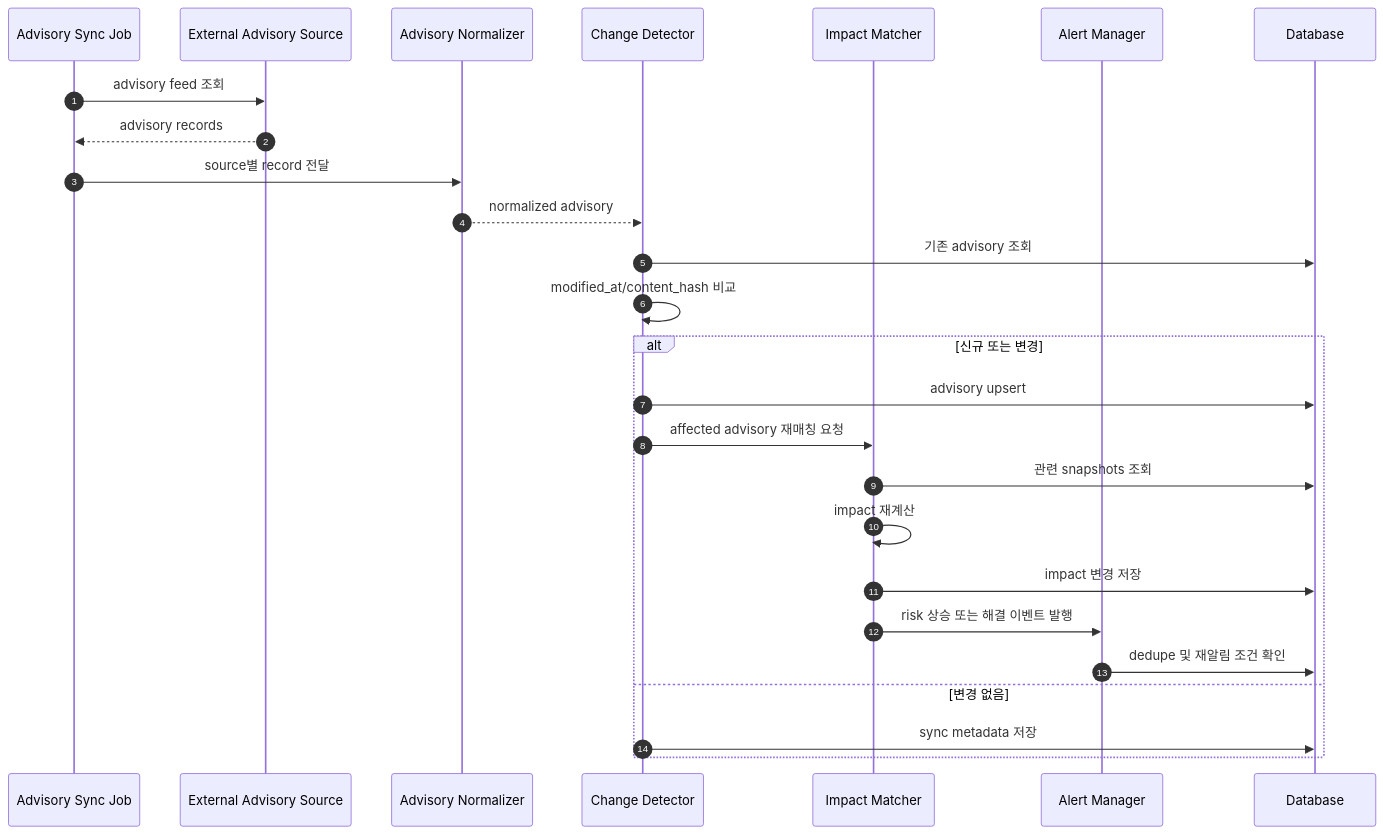
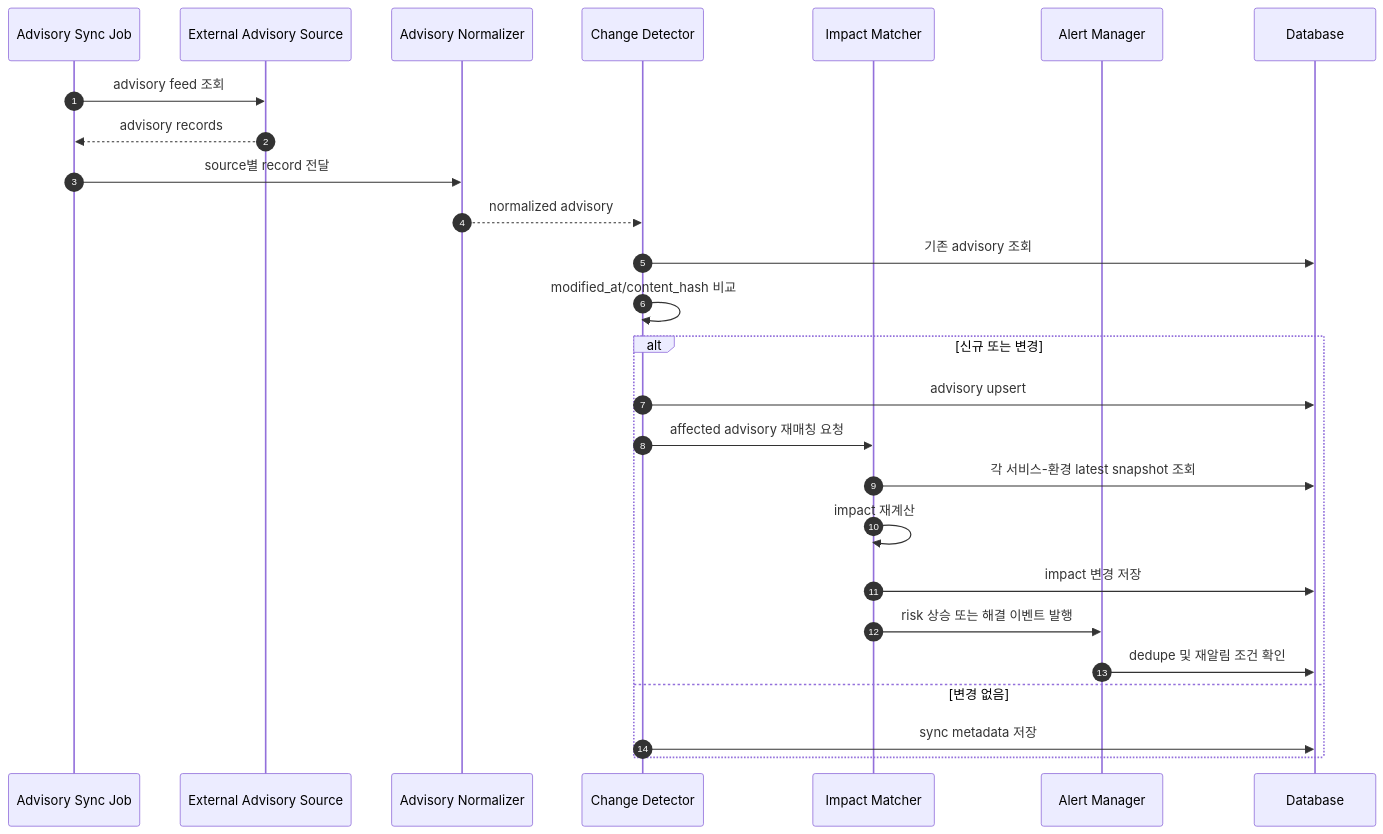
One commit to hkjeon13/sca-monitor changed the sixth of 9 diagrams in docs/software-design-specification.md. Above: the diagram before and after it, drawn with Mermaid. The commit also changed other lines of this file and 32 other files, not shown here.

````diff
--- a/docs/software-design-specification.md
+++ b/docs/software-design-specification.md
@@ -616,29 +656,29 @@
 ```mermaid
 sequenceDiagram
     autonumber
     participant Job as Advisory Sync Job
     participant Source as External Advisory Source
     participant Normalizer as Advisory Normalizer
     participant Change as Change Detector
     participant Matcher as Impact Matcher
     participant Alert as Alert Manager
     participant DB as Database
 
     Job->>Source: advisory feed 조회
     Source-->>Job: advisory records
     Job->>Normalizer: source별 record 전달
     Normalizer-->>Change: normalized advisory
     Change->>DB: 기존 advisory 조회
     Change->>Change: modified_at/content_hash 비교
     alt 신규 또는 변경
         Change->>DB: advisory upsert
         Change->>Matcher: affected advisory 재매칭 요청
-        Matcher->>DB: 관련 snapshots 조회
+        Matcher->>DB: 각 서비스-환경 latest snapshot 조회
         Matcher->>Matcher: impact 재계산
         Matcher->>DB: impact 변경 저장
         Matcher->>Alert: risk 상승 또는 해결 이벤트 발행
         Alert->>DB: dedupe 및 재알림 조건 확인
     else 변경 없음
         Change->>DB: sync metadata 저장
     end
 ```
````
